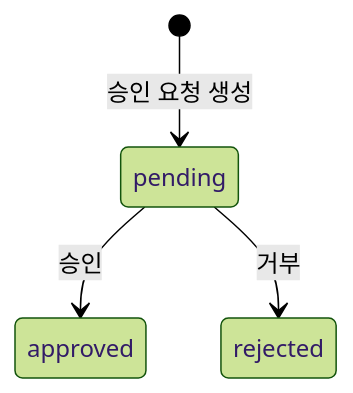
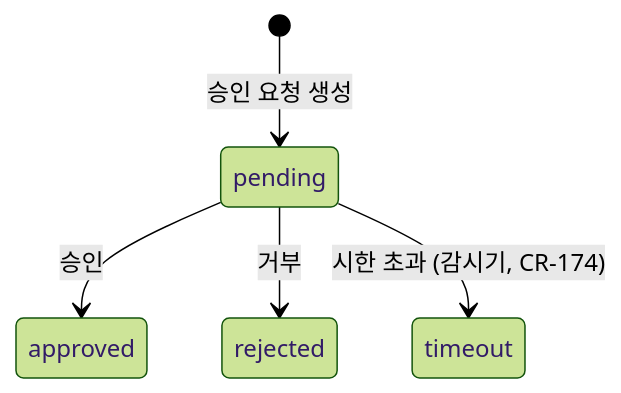
The sixth of 10 diagrams in docs/T1-5_FSM_상태_정의.md (johnnykim7/aimbase), drawn with Mermaid (forest theme) before and after one commit. The commit also changed other lines of this file and 11 other files, not shown here.

Commit message:
docs: 품고 변경 수리 워크플로우 설계 캐스케이드와 웹훅 계약 (CR-174)

````diff
--- a/docs/T1-5_FSM_상태_정의.md
+++ b/docs/T1-5_FSM_상태_정의.md
@@ -212,6 +213,7 @@
 ```mermaid
 stateDiagram-v2
     [*] --> pending : 승인 요청 생성
     pending --> approved : 승인
     pending --> rejected : 거부
+    pending --> timeout : 시한 초과 (감시기, CR-174)
 ```
````
